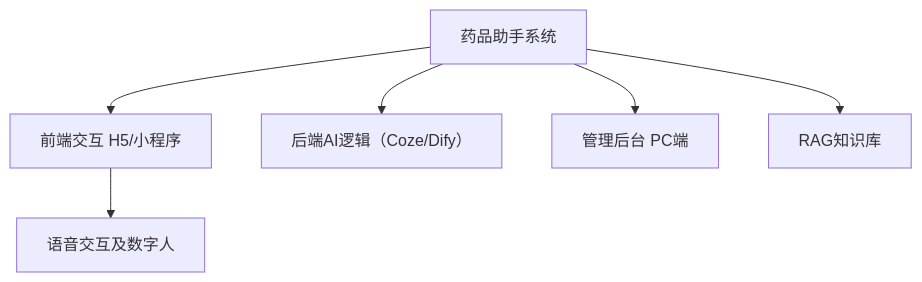
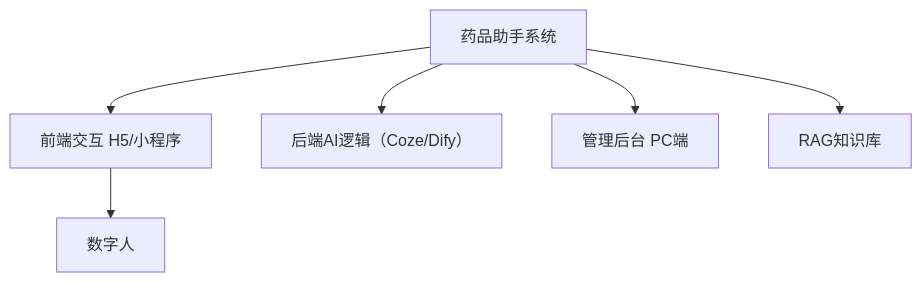
The diagram in all/未命名.md (funnyData/iodraw-files), drawn with Mermaid before and after one commit.

Commit message:
2025-02-21 13:55:12 update

````diff
--- a/all/未命名.md
+++ b/all/未命名.md
@@ -1,7 +1,7 @@
 ```mermaid
 graph TD
-    A[药品助手系统] --> B[前端交互 H5/小程序] --> F[语音交互及数字人]
+    A[药品助手系统] --> B[前端交互 H5/小程序] --> F[数字人]
     A --> C[后端AI逻辑（Coze/Dify）]
     A --> D[管理后台 PC端]
     A --> E[RAG知识库]
 ```
````
